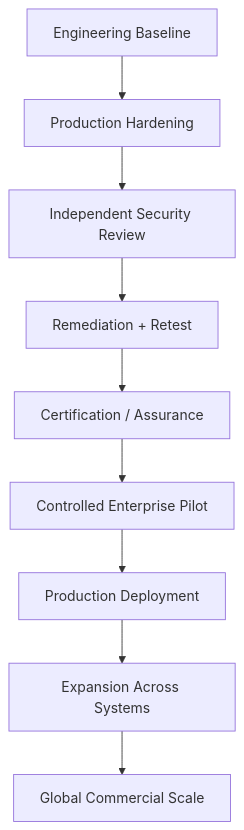
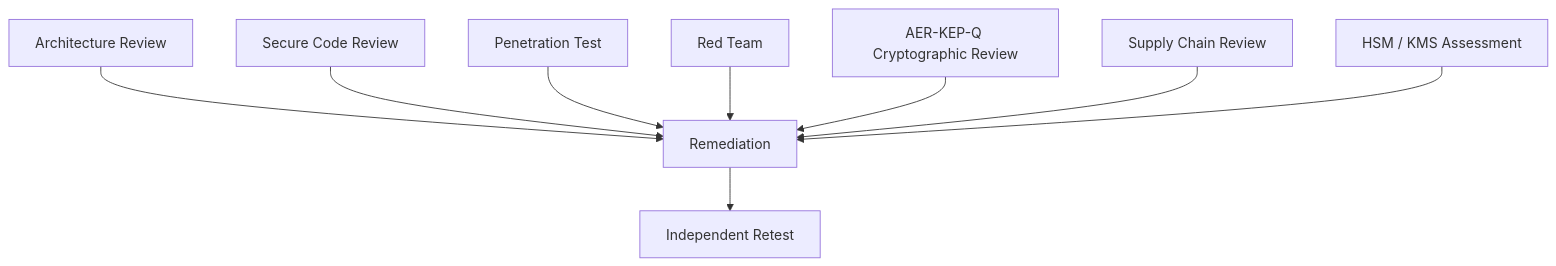
The ninth of 12 diagrams in docs/VARDHAN_ROADMAP.md (vishnuvardhanburri/VARDHAN_Q_CORE-PLATFORM), drawn with Mermaid before and after one commit. The commit also changed other lines of this file, not shown here.

Commit message:
docs(roadmap): redesign roadmap with visual gates and assurance map

````diff
--- a/docs/VARDHAN_ROADMAP.md
+++ b/docs/VARDHAN_ROADMAP.md
@@ -205,11 +278,20 @@
 ```mermaid
-flowchart TD
-    A[Engineering Baseline] --> B[Production Hardening]
-    B --> C[Independent Security Review]
-    C --> D[Remediation + Retest]
-    D --> E[Certification / Assurance]
-    E --> F[Controlled Enterprise Pilot]
-    F --> G[Production Deployment]
-    G --> H[Expansion Across Systems]
-    H --> I[Global Commercial Scale]
+flowchart TB
+    A[Architecture Review]
+    B[Secure Code Review]
+    C[Penetration Test]
+    D[Red Team]
+    E[AER-KEP-Q Cryptographic Review]
+    F[Supply Chain Review]
+    G[HSM / KMS Assessment]
+    H[Remediation]
+    I[Independent Retest]
+    A --> H
+    B --> H
+    C --> H
+    D --> H
+    E --> H
+    F --> H
+    G --> H
+    H --> I
 ```
````
